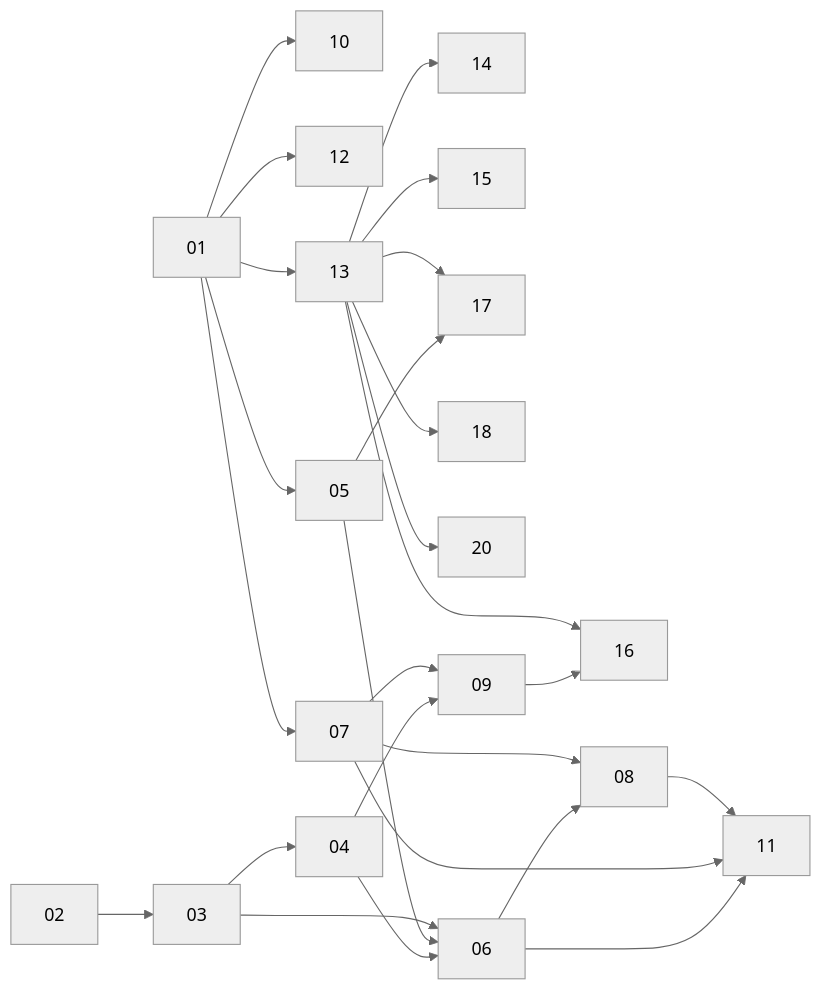
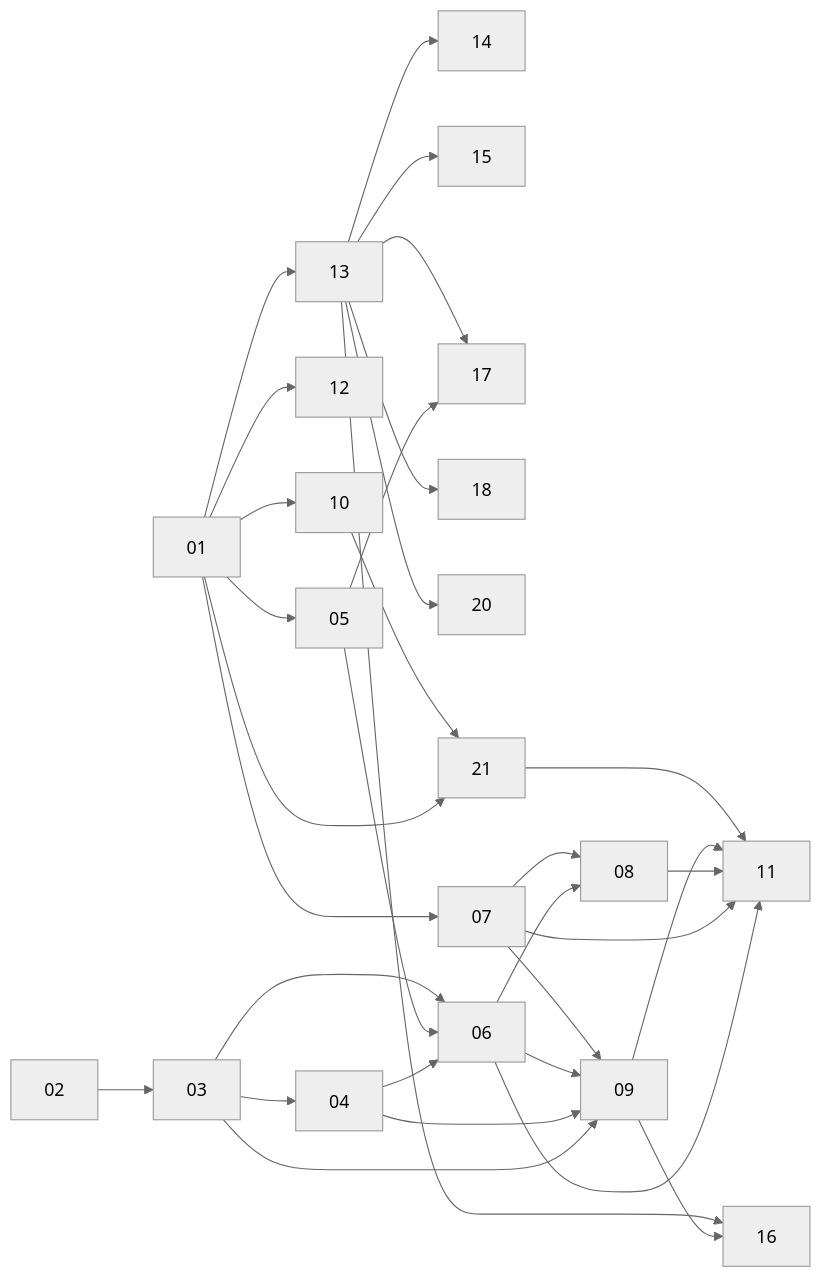
One commit to kevinvariant08/kyuclid changed the diagram in tasks/README.md. Above: the diagram before and after it, drawn with Mermaid (neutral theme). The commit also changed other lines of this file and 9 other files, not shown here.

````diff
--- a/tasks/README.md
+++ b/tasks/README.md
@@ -48,12 +51,13 @@
 ```mermaid
 graph LR
   01 --> 05 & 07 & 10 & 12 & 13
   02 --> 03 --> 04
   04 & 05 & 03 --> 06
   06 & 07 --> 08
-  04 & 07 --> 09
-  06 & 07 & 08 --> 11
+  03 & 04 & 06 & 07 --> 09
+  01 & 10 --> 21
+  06 & 07 & 08 & 09 & 21 --> 11
   13 --> 14 & 15 & 18 & 20
   09 & 13 --> 16
   05 & 13 --> 17
 ```
````
